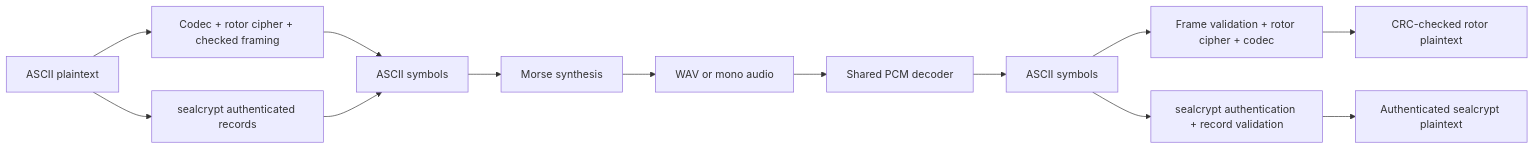
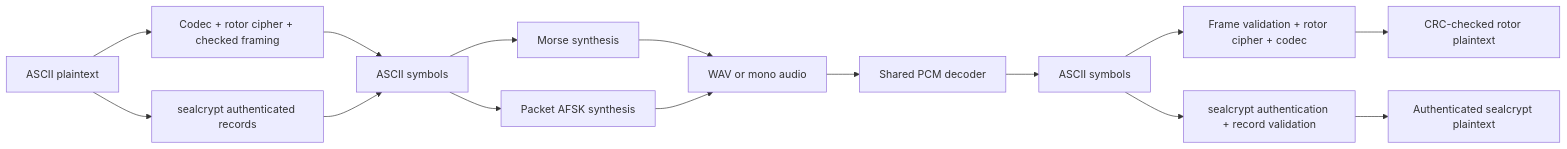
The diagram in docs/ARCHITECTURE.md (shanewiseman/EncryptedRadio), drawn with Mermaid before and after one commit. The commit also changed other lines of this file and 51 other files, not shown here.

````diff
--- a/docs/ARCHITECTURE.md
+++ b/docs/ARCHITECTURE.md
@@ -9,15 +9,17 @@
 ```mermaid
 flowchart LR
     P[ASCII plaintext] --> A[Codec + rotor cipher + checked framing]
     P --> S[sealcrypt authenticated records]
     A --> C[ASCII symbols]
     S --> C
     C --> B[Morse synthesis]
+    C --> K[Packet AFSK synthesis]
     B --> W[WAV or mono audio]
+    K --> W
     W --> D[Shared PCM decoder]
     D --> R[ASCII symbols]
     R --> F[Frame validation + rotor cipher + codec]
     R --> V[sealcrypt authentication + record validation]
     F --> O[CRC-checked rotor plaintext]
     V --> Q[Authenticated sealcrypt plaintext]
 ```
````
